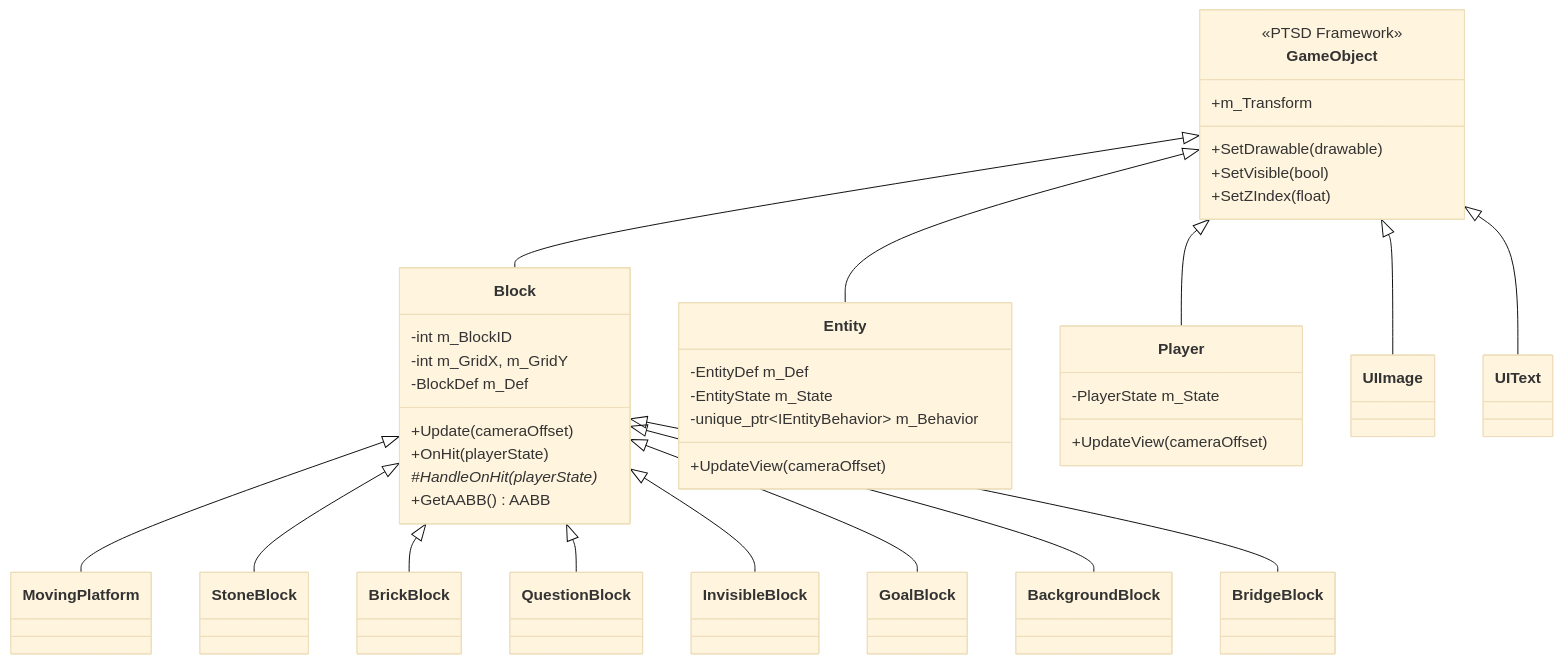
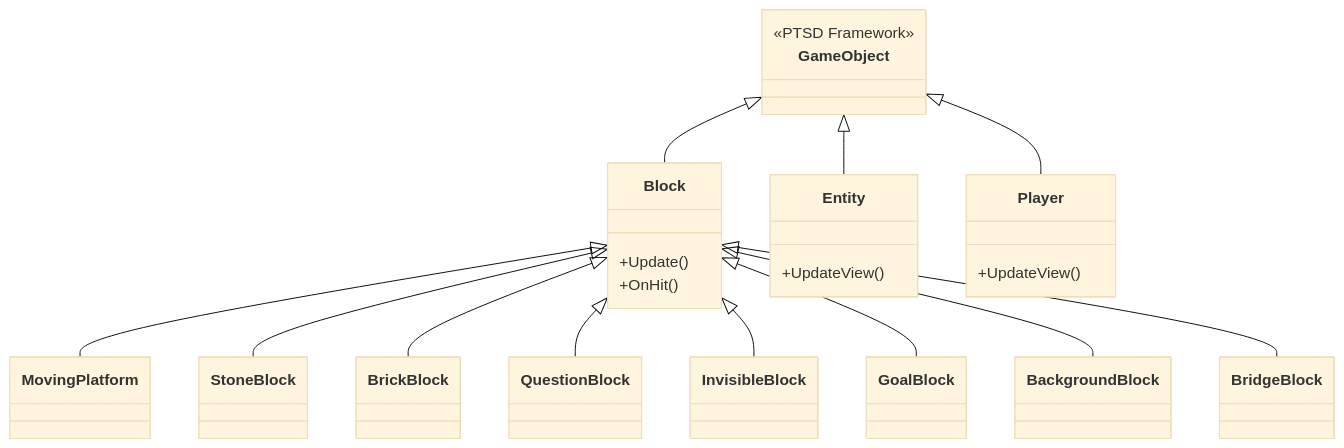
One commit to Andy87877/NTUT_OOPL_mario changed the second of 5 diagrams in 2026OOPL_Final.md. Above: the diagram before and after it, drawn with Mermaid (base theme). The commit also changed other lines of this file and 61 other files, not shown here.

First line of the commit message:
refactor: Add EntityAnimator, PlayerAnimator, and Command Pattern Implementations

````diff
--- a/2026OOPL_Final.md
+++ b/2026OOPL_Final.md
@@ -251,60 +119,28 @@
 ```mermaid
 classDiagram
     direction TB
-
     class GameObject {
         <<PTSD Framework>>
-        +SetDrawable(drawable)
-        +SetVisible(bool)
-        +SetZIndex(float)
-        +m_Transform
     }
-
     class Block {
-        -int m_BlockID
-        -int m_GridX, m_GridY
-        -BlockDef m_Def
-        +Update(cameraOffset)
-        +OnHit(playerState)
-        #HandleOnHit(playerState)*
-        +GetAABB() AABB
+        +Update()
+        +OnHit()
     }
-
-    class MovingPlatform
-    class StoneBlock
-    class BrickBlock
-    class QuestionBlock
-    class InvisibleBlock
-    class GoalBlock
-    class BackgroundBlock
-    class BridgeBlock
-
     class Entity {
-        -EntityDef m_Def
-        -EntityState m_State
-        -unique_ptr~IEntityBehavior~ m_Behavior
-        +UpdateView(cameraOffset)
+        +UpdateView()
     }
-
     class Player {
-        -PlayerState m_State
-        +UpdateView(cameraOffset)
+        +UpdateView()
     }
-
-    class UIImage
-    class UIText
-
     GameObject <|-- Block
+    GameObject <|-- Entity
+    GameObject <|-- Player
     Block <|-- MovingPlatform
     Block <|-- StoneBlock
     Block <|-- BrickBlock
     Block <|-- QuestionBlock
     Block <|-- InvisibleBlock
     Block <|-- GoalBlock
     Block <|-- BackgroundBlock
     Block <|-- BridgeBlock
-    GameObject <|-- Entity
-    GameObject <|-- Player
-    GameObject <|-- UIImage
-    GameObject <|-- UIText
 ```
````
